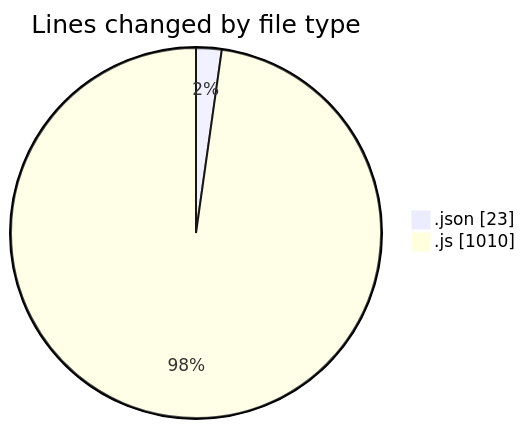
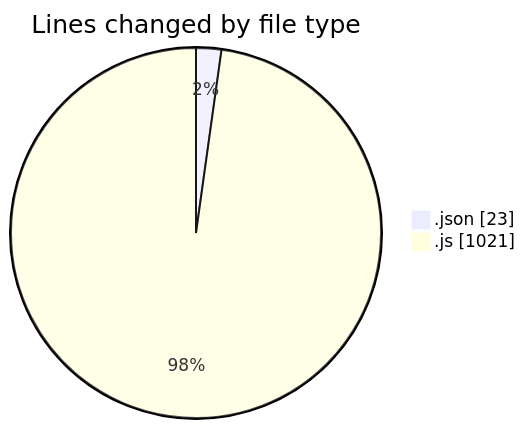
The first of 2 diagrams in 2025-04-01/jsvms/README.md (BS-eng2023/code-tracking), drawn with Mermaid before and after one commit. The commit also changed other lines of this file and 1 other file, not shown here.

````diff
--- a/2025-04-01/jsvms/README.md
+++ b/2025-04-01/jsvms/README.md
@@ -36,6 +36,6 @@
 ```mermaid
 pie showData
 title Lines changed by file type
 ".json" : 23
-".js" : 1010
+".js" : 1021
 ```
````
